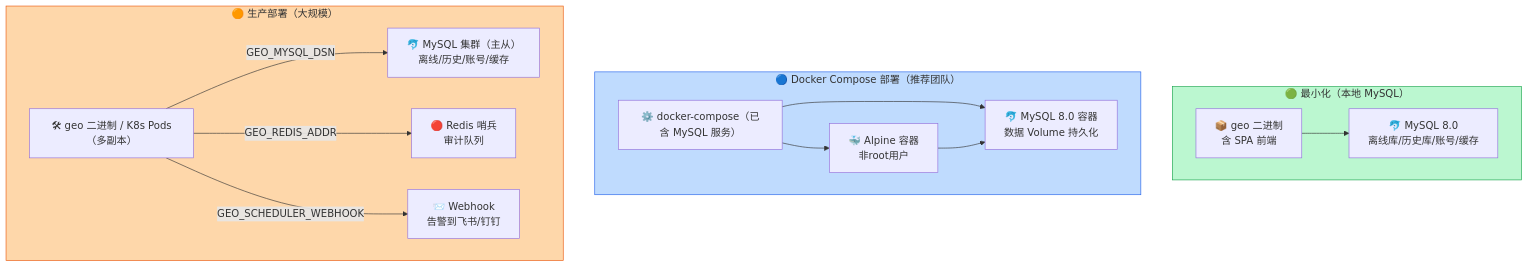
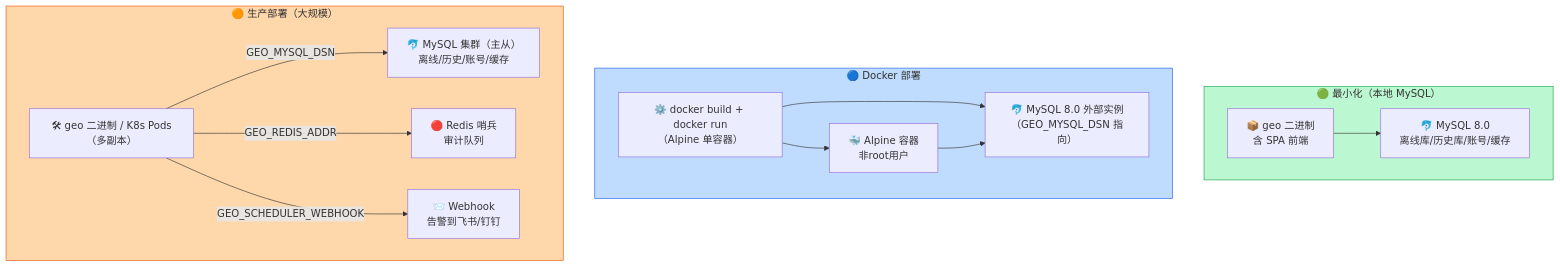
Diagram 30 of 31 in docs/architecture.md (deep2code/geo), drawn with Mermaid before and after one commit. The commit also changed 11 other files, not shown here.

````diff
--- a/docs/architecture.md
+++ b/docs/architecture.md
@@ -820,27 +820,27 @@
 ```mermaid
 graph TB
     subgraph 最小化["🟢 最小化（本地 MySQL）"]
         direction LR
         BIN["📦 geo 二进制<br/>含 SPA 前端"]
         BIN --> MY8["🐬 MySQL 8.0<br/>离线库/历史库/账号/缓存"]
     end
 
-    subgraph Docker["🔵 Docker Compose 部署（推荐团队）"]
-        DC["⚙️ docker-compose（已含 MySQL 服务）"]
+    subgraph Docker["🔵 Docker 部署"]
+        DC["⚙️ docker build + docker run<br/>（Alpine 单容器）"]
         DC --> C["🐳 Alpine 容器<br/>非root用户"]
-        DC --> MY["🐬 MySQL 8.0 容器<br/>数据 Volume 持久化"]
+        DC --> MY["🐬 MySQL 8.0 外部实例<br/>（GEO_MYSQL_DSN 指向）"]
         C --> MY
     end
 
     subgraph 生产["🟠 生产部署（大规模）"]
         direction LR
         BIN2["🛠 geo 二进制 / K8s Pods（多副本）"]
         BIN2 --"GEO_MYSQL_DSN"--> MYC["🐬 MySQL 集群（主从）<br/>离线/历史/账号/缓存"]
         BIN2 --"GEO_REDIS_ADDR"--> REDIS["🔴 Redis 哨兵<br/>审计队列"]
         BIN2 --"GEO_SCHEDULER_WEBHOOK"--> WEB["📨 Webhook<br/>告警到飞书/钉钉"]
     end
 
     style 最小化 fill:#bbf7d0,stroke:#16a34a
     style Docker fill:#bfdbfe,stroke:#2563eb
     style 生产 fill:#fed7aa,stroke:#ea580c
 ```
````
